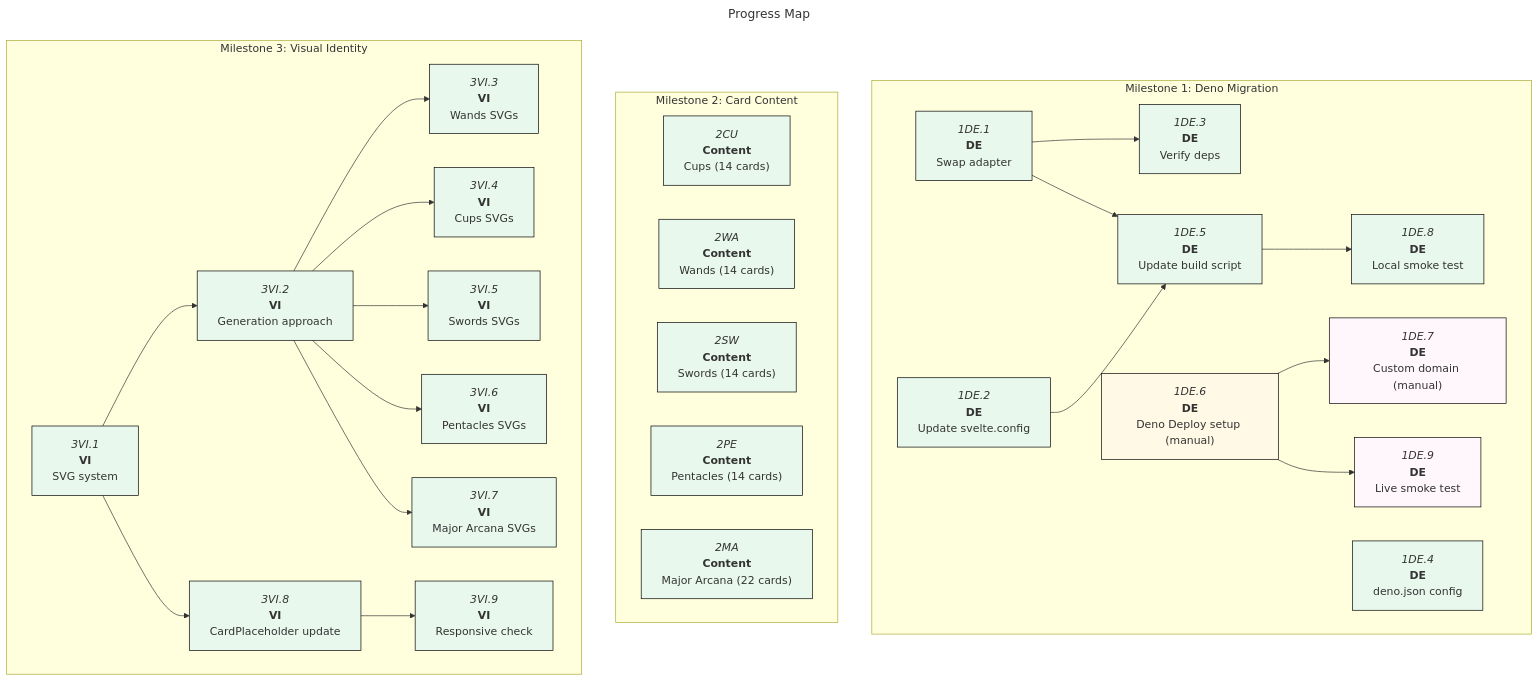
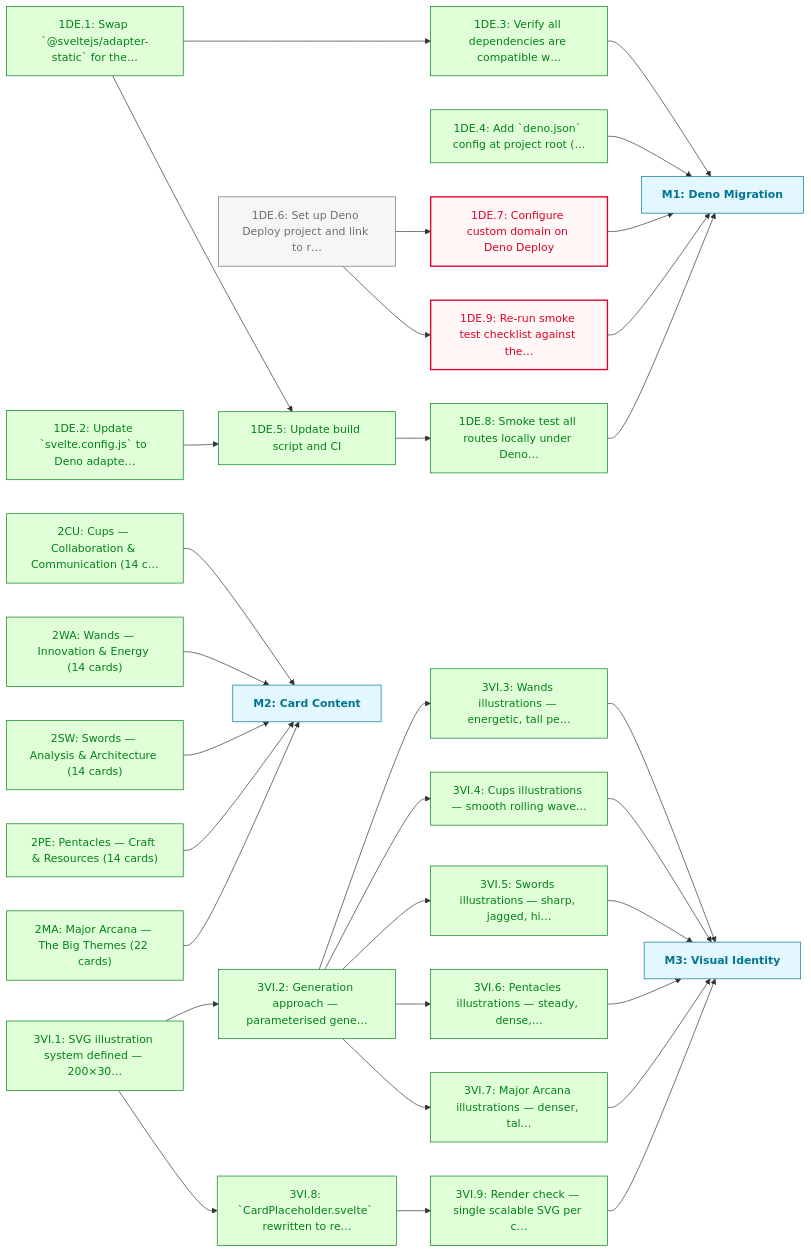
Before and after one commit to JasonWarrenUK/code-arcana: the diagram in docs/roadmaps/mvp.md, drawn with Mermaid. The commit also changed other lines of this file and 3 other files, not shown here.

First line of the commit message:
chore(roadmap): migrate to rich phase-array format

````diff
--- a/docs/roadmaps/mvp.md
+++ b/docs/roadmaps/mvp.md
@@ -120,59 +63,70 @@
 ```mermaid
----
-title: Progress Map
----
-graph TD
-
-subgraph M1["Milestone 1: Deno Migration"]
-  1DE.1["`*1DE.1*<br/>**DE**<br/>Swap adapter`"]:::done
-  1DE.2["`*1DE.2*<br/>**DE**<br/>Update svelte.config`"]:::done
-  1DE.3["`*1DE.3*<br/>**DE**<br/>Verify deps`"]:::done
-  1DE.4["`*1DE.4*<br/>**DE**<br/>deno.json config`"]:::done
-  1DE.5["`*1DE.5*<br/>**DE**<br/>Update build script`"]:::done
-  1DE.6["`*1DE.6*<br/>**DE**<br/>Deno Deploy setup (manual)`"]:::open
-  1DE.7["`*1DE.7*<br/>**DE**<br/>Custom domain (manual)`"]:::blocked
-  1DE.8["`*1DE.8*<br/>**DE**<br/>Local smoke test`"]:::done
-  1DE.9["`*1DE.9*<br/>**DE**<br/>Live smoke test`"]:::blocked
-end
-
-subgraph M2["Milestone 2: Card Content"]
-  2CU["`*2CU*<br/>**Content**<br/>Cups (14 cards)`"]:::done
-  2WA["`*2WA*<br/>**Content**<br/>Wands (14 cards)`"]:::done
-  2SW["`*2SW*<br/>**Content**<br/>Swords (14 cards)`"]:::done
-  2PE["`*2PE*<br/>**Content**<br/>Pentacles (14 cards)`"]:::done
-  2MA["`*2MA*<br/>**Content**<br/>Major Arcana (22 cards)`"]:::done
-end
-
-subgraph M3["Milestone 3: Visual Identity"]
-  3VI.1["`*3VI.1*<br/>**VI**<br/>SVG system`"]:::done
-  3VI.2["`*3VI.2*<br/>**VI**<br/>Generation approach`"]:::done
-  3VI.3["`*3VI.3*<br/>**VI**<br/>Wands SVGs`"]:::done
-  3VI.4["`*3VI.4*<br/>**VI**<br/>Cups SVGs`"]:::done
-  3VI.5["`*3VI.5*<br/>**VI**<br/>Swords SVGs`"]:::done
-  3VI.6["`*3VI.6*<br/>**VI**<br/>Pentacles SVGs`"]:::done
-  3VI.7["`*3VI.7*<br/>**VI**<br/>Major Arcana SVGs`"]:::done
-  3VI.8["`*3VI.8*<br/>**VI**<br/>CardPlaceholder update`"]:::done
-  3VI.9["`*3VI.9*<br/>**VI**<br/>Responsive check`"]:::done
-end
-
-1DE.1 --> 1DE.3
-1DE.1 --> 1DE.5
-1DE.2 --> 1DE.5
-1DE.5 --> 1DE.8
-1DE.6 --> 1DE.7
-1DE.6 --> 1DE.9
-
-3VI.1 --> 3VI.2
-3VI.1 --> 3VI.8
-3VI.2 --> 3VI.3
-3VI.2 --> 3VI.4
-3VI.2 --> 3VI.5
-3VI.2 --> 3VI.6
-3VI.2 --> 3VI.7
-3VI.8 --> 3VI.9
-
-classDef open fill:#fff9e5,stroke:#000;
-classDef blocked fill:#fff7fb,stroke:#000;
-classDef done fill:#e8f8ec,stroke:#000;
-classDef mile fill:#c4fffe,stroke:#000;
+graph LR
+	classDef todo fill:#f6f6f6,stroke:#6f6f6f,color:#6f6f6f
+	classDef blocked fill:#fff8f6,stroke:#e0002b,color:#e0002b,stroke-width:2px
+	classDef paused fill:#fdf4ff,stroke:#b01fe3,color:#b01fe3,stroke-dasharray:4 3
+	classDef deferred fill:#fff8f3,stroke:#ac5c00,color:#ac5c00,stroke-dasharray:2 4,font-style:italic
+	classDef done fill:#e0ffd9,stroke:#008217,color:#008217
+	classDef outOfScope fill:#f6f6f6,stroke:#e2e2e2,color:#e2e2e2,stroke-dasharray:2 2
+	classDef mile fill:#e3f7ff,stroke:#007590,color:#007590,font-weight:bold
+	classDef external fill:#fff9e5,stroke:#7d6f00,color:#7d6f00,stroke-dasharray:4 3,font-style:italic
+	1DE.1["1DE.1: Swap `@sveltejs/adapter-static` for the…"]
+	1DE.2["1DE.2: Update `svelte.config.js` to Deno adapte…"]
+	1DE.3["1DE.3: Verify all dependencies are compatible w…"]
+	1DE.4["1DE.4: Add `deno.json` config at project root (…"]
+	1DE.5["1DE.5: Update build script and CI"]
+	1DE.6["1DE.6: Set up Deno Deploy project and link to r…"]
+	1DE.7["1DE.7: Configure custom domain on Deno Deploy"]
+	1DE.8["1DE.8: Smoke test all routes locally under Deno…"]
+	1DE.9["1DE.9: Re-run smoke test checklist against the…"]
+	M1["M1: Deno Migration"]:::mile
+	2CU["2CU: Cups — Collaboration & Communication (14 c…"]
+	2WA["2WA: Wands — Innovation & Energy (14 cards)"]
+	2SW["2SW: Swords — Analysis & Architecture (14 cards)"]
+	2PE["2PE: Pentacles — Craft & Resources (14 cards)"]
+	2MA["2MA: Major Arcana — The Big Themes (22 cards)"]
+	M2["M2: Card Content"]:::mile
+	3VI.1["3VI.1: SVG illustration system defined — 200×30…"]
+	3VI.2["3VI.2: Generation approach — parameterised gene…"]
+	3VI.3["3VI.3: Wands illustrations — energetic, tall pe…"]
+	3VI.4["3VI.4: Cups illustrations — smooth rolling wave…"]
+	3VI.5["3VI.5: Swords illustrations — sharp, jagged, hi…"]
+	3VI.6["3VI.6: Pentacles illustrations — steady, dense,…"]
+	3VI.7["3VI.7: Major Arcana illustrations — denser, tal…"]
+	3VI.8["3VI.8: `CardPlaceholder.svelte` rewritten to re…"]
+	3VI.9["3VI.9: Render check — single scalable SVG per c…"]
+	M3["M3: Visual Identity"]:::mile
+	1DE.1 --> 1DE.3
+	1DE.1 --> 1DE.5
+	1DE.2 --> 1DE.5
+	1DE.3 --> M1
+	1DE.4 --> M1
+	1DE.5 --> 1DE.8
+	1DE.6 --> 1DE.7
+	1DE.6 --> 1DE.9
+	1DE.7 --> M1
+	1DE.8 --> M1
+	1DE.9 --> M1
+	2CU --> M2
+	2WA --> M2
+	2SW --> M2
+	2PE --> M2
+	2MA --> M2
+	3VI.1 --> 3VI.2
+	3VI.1 --> 3VI.8
+	3VI.2 --> 3VI.3
+	3VI.2 --> 3VI.4
+	3VI.2 --> 3VI.5
+	3VI.2 --> 3VI.6
+	3VI.2 --> 3VI.7
+	3VI.3 --> M3
+	3VI.4 --> M3
+	3VI.5 --> M3
+	3VI.6 --> M3
+	3VI.7 --> M3
+	3VI.8 --> 3VI.9
+	3VI.9 --> M3
+	class 1DE.6 todo
+	class 1DE.7,1DE.9 blocked
+	class 1DE.1,1DE.2,1DE.3,1DE.4,1DE.5,1DE.8,2CU,2MA,2PE,2SW,2WA,3VI.1,3VI.2,3VI.3,3VI.4,3VI.5,3VI.6,3VI.7,3VI.8,3VI.9 done
 ```
````
